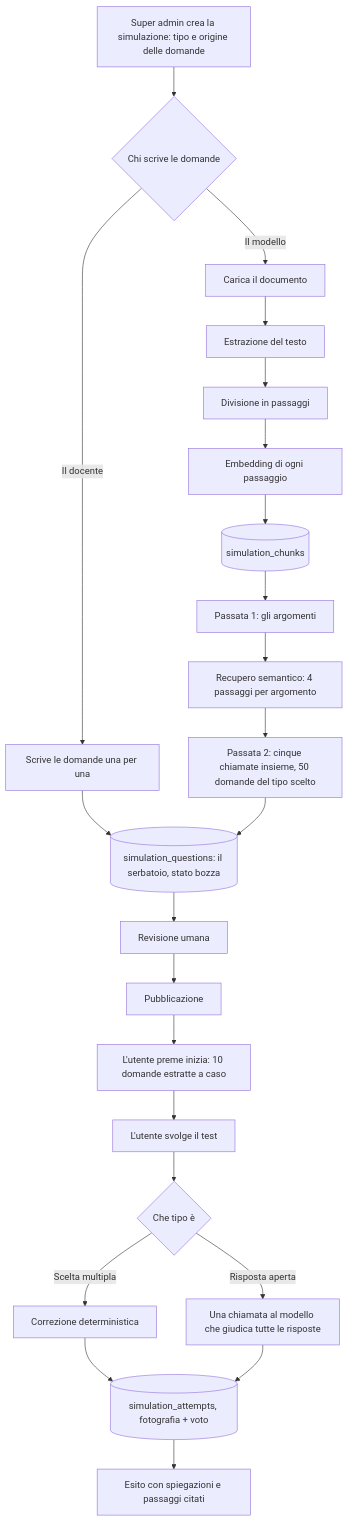
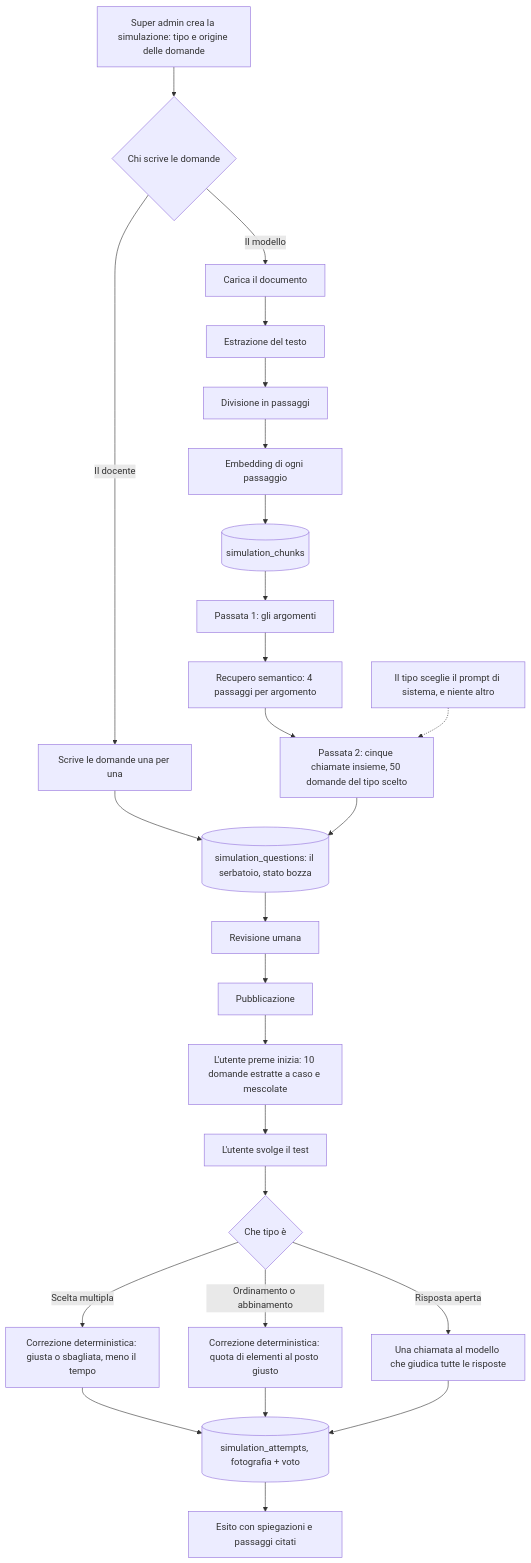
The diagram in docs/simulatore.md (DavideZanellato99/SkillLab), drawn with Mermaid before and after one commit. The commit also changed other lines of this file and 32 other files, not shown here.

Commit message:
test di abbinamento e ordinamento

````diff
--- a/docs/simulatore.md
+++ b/docs/simulatore.md
@@ -120,25 +150,28 @@
 ```mermaid
 flowchart TD
     A0[Super admin crea la simulazione: tipo e origine delle domande] --> A1{Chi scrive le domande}
     A1 -->|Il modello| A[Carica il documento]
     A1 -->|Il docente| A2[Scrive le domande una per una]
     A2 --> I
     A --> B[Estrazione del testo]
     B --> C[Divisione in passaggi]
     C --> D[Embedding di ogni passaggio]
     D --> E[(simulation_chunks)]
     E --> F[Passata 1: gli argomenti]
     F --> G[Recupero semantico: 4 passaggi per argomento]
     G --> H[Passata 2: cinque chiamate insieme, 50 domande del tipo scelto]
+    H2[Il tipo sceglie il prompt di sistema, e niente altro] -.-> H
     H --> I[(simulation_questions: il serbatoio, stato bozza)]
     I --> J[Revisione umana]
     J --> K[Pubblicazione]
-    K --> R[L'utente preme inizia: 10 domande estratte a caso]
+    K --> R[L'utente preme inizia: 10 domande estratte a caso e mescolate]
     R --> L[L'utente svolge il test]
     L --> M{Che tipo è}
-    M -->|Scelta multipla| N[Correzione deterministica]
+    M -->|Scelta multipla| N[Correzione deterministica: giusta o sbagliata, meno il tempo]
+    M -->|Ordinamento o abbinamento| N2[Correzione deterministica: quota di elementi al posto giusto]
     M -->|Risposta aperta| O[Una chiamata al modello che giudica tutte le risposte]
     N --> P[(simulation_attempts, fotografia + voto)]
+    N2 --> P
     O --> P
     P --> Q[Esito con spiegazioni e passaggi citati]
 ```
````
